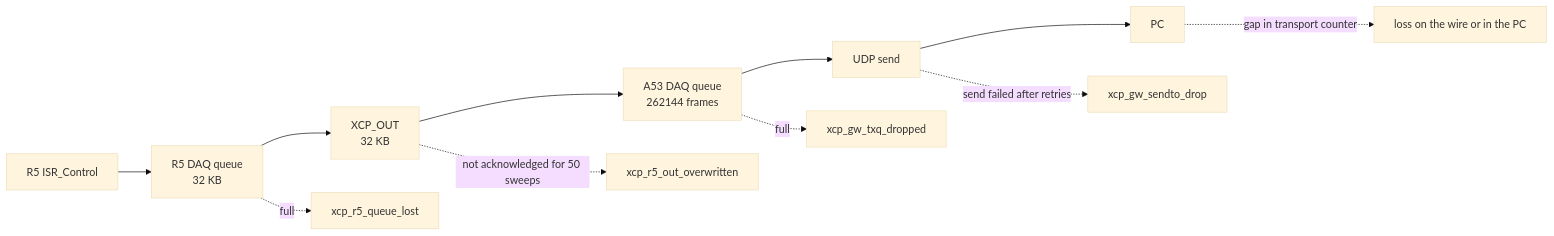
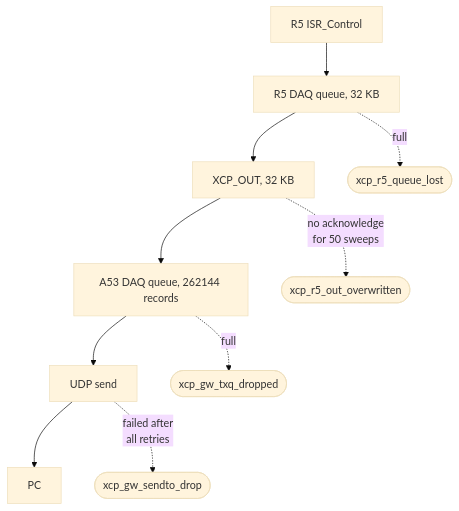
The diagram in docs/source/guide/XCP/XCP_diagnostics.rst (ultrazohm/ultrazohm_sw), drawn with Mermaid (base theme) before and after one commit. The commit also changed other lines of this file and 3 other files, not shown here.

First line of the commit message:
docs: XCP pages corrected against the code, diagrams made legible

```diff
--- a/docs/source/guide/XCP/XCP_diagnostics.rst
+++ b/docs/source/guide/XCP/XCP_diagnostics.rst
@@ -14,15 +14,14 @@
 .. mermaid::
     :align: center
     :caption: Buffers on the way of the measurement data and the counter that belongs to each of them
 
-    flowchart LR
-      isr["R5 ISR_Control"] --> q1["R5 DAQ queue<br>32 KB"]
-      q1 --> out["XCP_OUT<br>32 KB"]
-      out --> q2["A53 DAQ queue<br>262144 frames"]
+    flowchart TB
+      isr["R5 ISR_Control"] --> q1["R5 DAQ queue, 32 KB"]
+      q1 --> out["XCP_OUT, 32 KB"]
+      out --> q2["A53 DAQ queue, 262144 records"]
       q2 --> udp["UDP send"]
       udp --> pc["PC"]
-      q1 -. "full" .-> c1["xcp_r5_queue_lost"]
-      out -. "not acknowledged for 50 sweeps" .-> c2["xcp_r5_out_overwritten"]
-      q2 -. "full" .-> c3["xcp_gw_txq_dropped"]
-      udp -. "send failed after retries" .-> c4["xcp_gw_sendto_drop"]
-      pc -. "gap in transport counter" .-> c5["loss on the wire or in the PC"]
+      q1 -. "full" .-> c1(["xcp_r5_queue_lost"])
+      out -. "no acknowledge<br>for 50 sweeps" .-> c2(["xcp_r5_out_overwritten"])
+      q2 -. "full" .-> c3(["xcp_gw_txq_dropped"])
+      udp -. "failed after<br>all retries" .-> c4(["xcp_gw_sendto_drop"])
```
